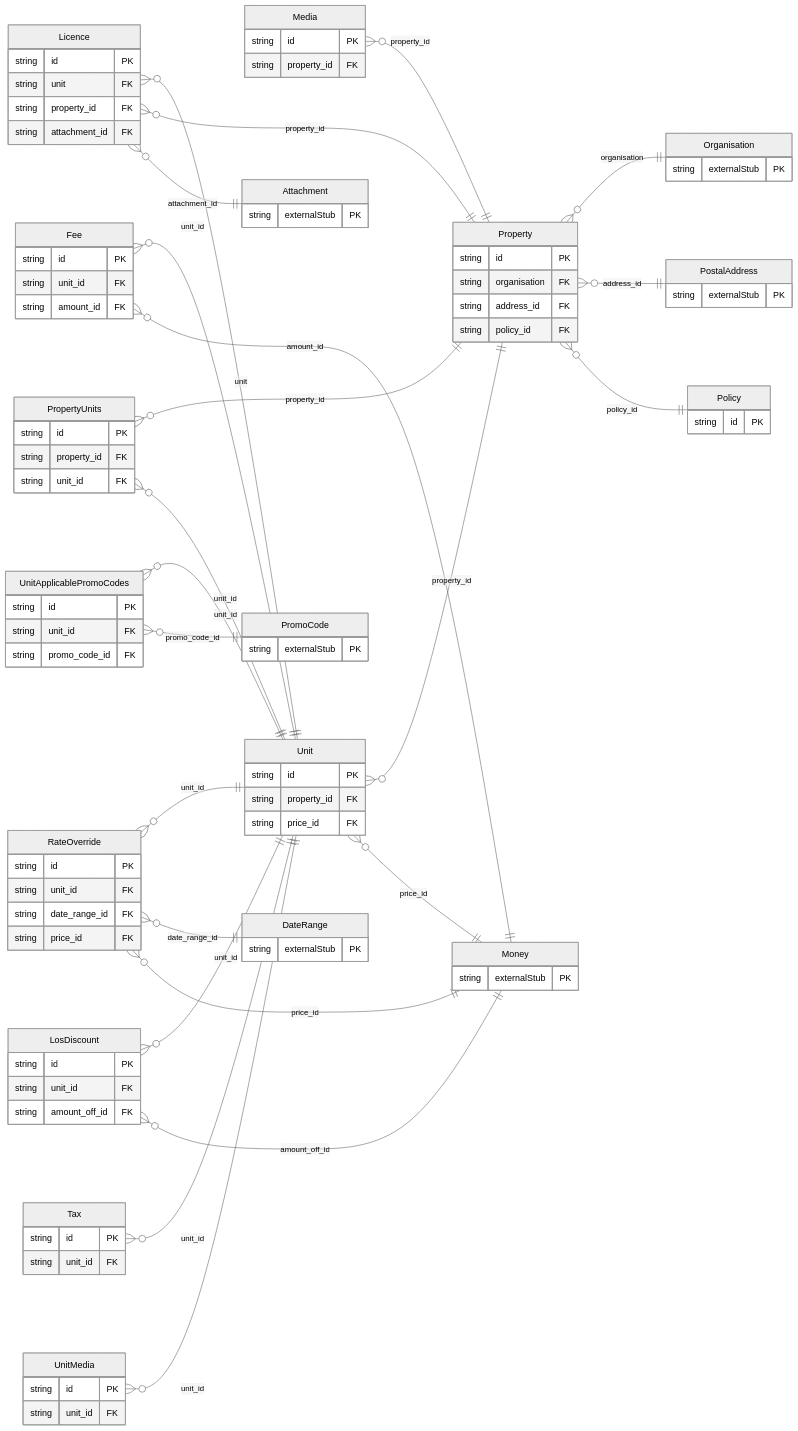
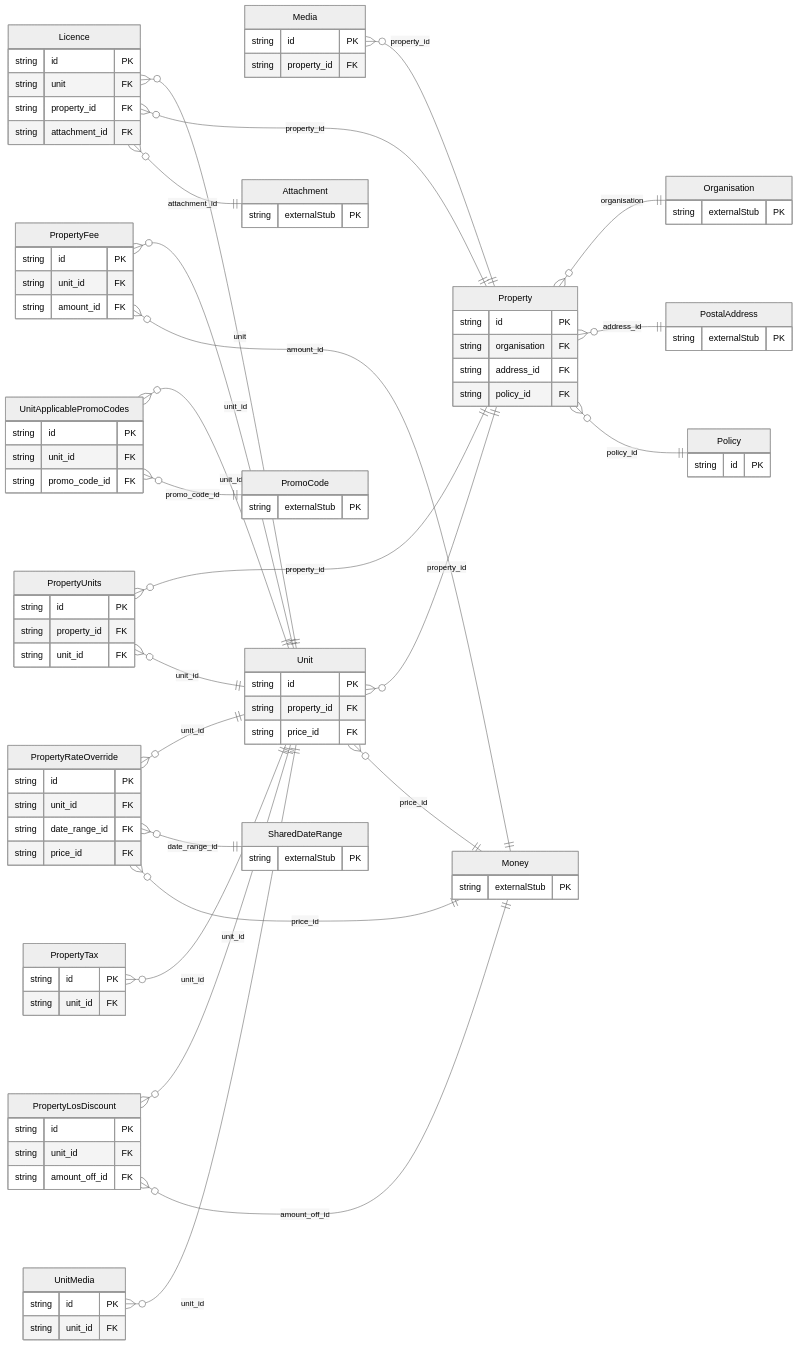
The diagram in protobuf/generated/prisma/freebusy/property/README.md (build-a-company/freebusy), drawn with Mermaid (neutral theme) before and after one commit. The commit also changed 196 other files, not shown here.

First line of the commit message:
feat(pricing): add generated Prisma schema and models for freebusy pricing

````diff
--- a/protobuf/generated/prisma/freebusy/property/README.md
+++ b/protobuf/generated/prisma/freebusy/property/README.md
@@ -13,21 +13,11 @@
 ```mermaid
 erDiagram
     direction LR
-    Fee {
-        string id PK
-        string unit_id FK
-        string amount_id FK
-    }
     Licence {
         string id PK
         string unit FK
         string property_id FK
         string attachment_id FK
-    }
-    LosDiscount {
-        string id PK
-        string unit_id FK
-        string amount_off_id FK
     }
     Media {
         string id PK
@@ -42,19 +32,29 @@
         string address_id FK
         string policy_id FK
     }
-    PropertyUnits {
+    PropertyFee {
         string id PK
-        string property_id FK
         string unit_id FK
+        string amount_id FK
     }
-    RateOverride {
+    PropertyLosDiscount {
+        string id PK
+        string unit_id FK
+        string amount_off_id FK
+    }
+    PropertyRateOverride {
         string id PK
         string unit_id FK
         string date_range_id FK
         string price_id FK
     }
-    Tax {
+    PropertyTax {
         string id PK
+        string unit_id FK
+    }
+    PropertyUnits {
+        string id PK
+        string property_id FK
         string unit_id FK
     }
     Unit {
@@ -74,9 +74,6 @@
     Attachment {
         string externalStub PK
     }
-    DateRange {
-        string externalStub PK
-    }
     Money {
         string externalStub PK
     }
@@ -89,23 +86,26 @@
     PromoCode {
         string externalStub PK
     }
-    Fee }o--|| Unit : "unit_id"
-    Fee }o--|| Money : "amount_id"
+    SharedDateRange {
+        string externalStub PK
+    }
     Licence }o--|| Unit : "unit"
     Licence }o--|| Property : "property_id"
     Licence }o--|| Attachment : "attachment_id"
-    LosDiscount }o--|| Unit : "unit_id"
-    LosDiscount }o--|| Money : "amount_off_id"
     Media }o--|| Property : "property_id"
     Property }o--|| Organisation : "organisation"
     Property }o--|| PostalAddress : "address_id"
     Property }o--|| Policy : "policy_id"
+    PropertyFee }o--|| Unit : "unit_id"
+    PropertyFee }o--|| Money : "amount_id"
+    PropertyLosDiscount }o--|| Unit : "unit_id"
+    PropertyLosDiscount }o--|| Money : "amount_off_id"
+    PropertyRateOverride }o--|| Unit : "unit_id"
+    PropertyRateOverride }o--|| SharedDateRange : "date_range_id"
+    PropertyRateOverride }o--|| Money : "price_id"
+    PropertyTax }o--|| Unit : "unit_id"
     PropertyUnits }o--|| Property : "property_id"
     PropertyUnits }o--|| Unit : "unit_id"
-    RateOverride }o--|| Unit : "unit_id"
-    RateOverride }o--|| DateRange : "date_range_id"
-    RateOverride }o--|| Money : "price_id"
-    Tax }o--|| Unit : "unit_id"
     Unit }o--|| Property : "property_id"
     Unit }o--|| Money : "price_id"
     UnitApplicablePromoCodes }o--|| Unit : "unit_id"
````
